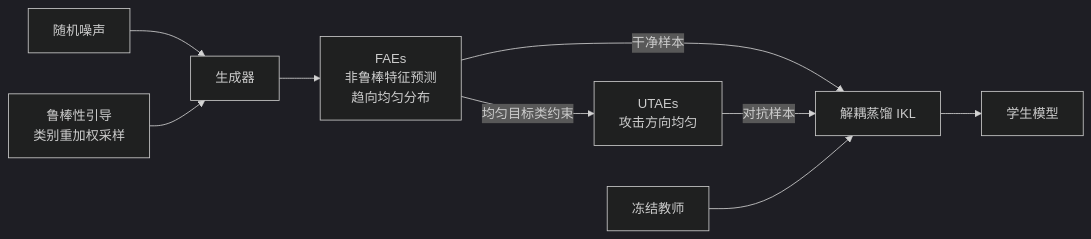
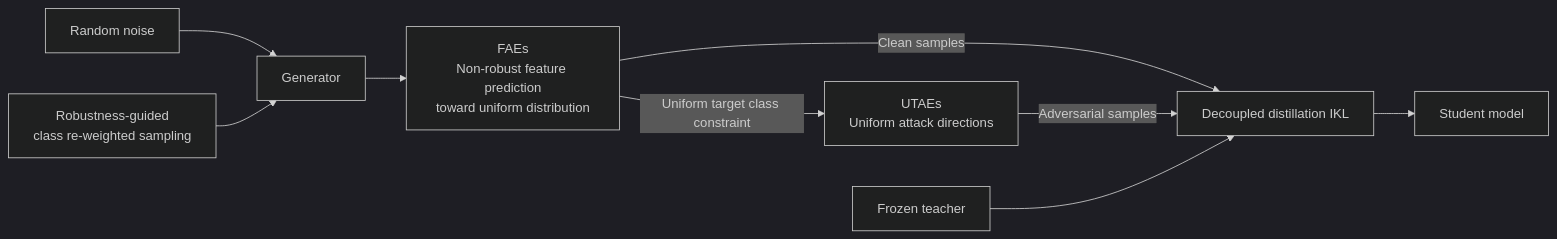
Before and after one commit to zhaoyang97/Paper-Notes-en: the diagram in docs/ICLR2026/ai_safety/ferd_fairness-enhanced_data-free_adversarial_robustness_distillation.md, drawn with Mermaid (dark theme). The commit also changed 644 other files, not shown here.

````diff
--- a/docs/ICLR2026/ai_safety/ferd_fairness-enhanced_data-free_adversarial_robustness_distillation.md
+++ b/docs/ICLR2026/ai_safety/ferd_fairness-enhanced_data-free_adversarial_robustness_distillation.md
@@ -45,11 +45,11 @@
 ```mermaid
 flowchart LR
-    N[随机噪声] --> G[生成器]
-    RW[鲁棒性引导<br/>类别重加权采样] --> G
-    G --> FAE[FAEs<br/>非鲁棒特征预测<br/>趋向均匀分布]
-    FAE -->|均匀目标类约束| UTAE[UTAEs<br/>攻击方向均匀]
-    FAE -->|干净样本| KD[解耦蒸馏 IKL]
-    UTAE -->|对抗样本| KD
-    T[冻结教师] --> KD
-    KD --> S[学生模型]
+    N[Random noise] --> G[Generator]
+    RW[Robustness-guided<br/>class re-weighted sampling] --> G
+    G --> FAE[FAEs<br/>Non-robust feature prediction<br/>toward uniform distribution]
+    FAE -->|Uniform target class constraint| UTAE[UTAEs<br/>Uniform attack directions]
+    FAE -->|Clean samples| KD[Decoupled distillation IKL]
+    UTAE -->|Adversarial samples| KD
+    T[Frozen teacher] --> KD
+    KD --> S[Student model]
 ```
````
